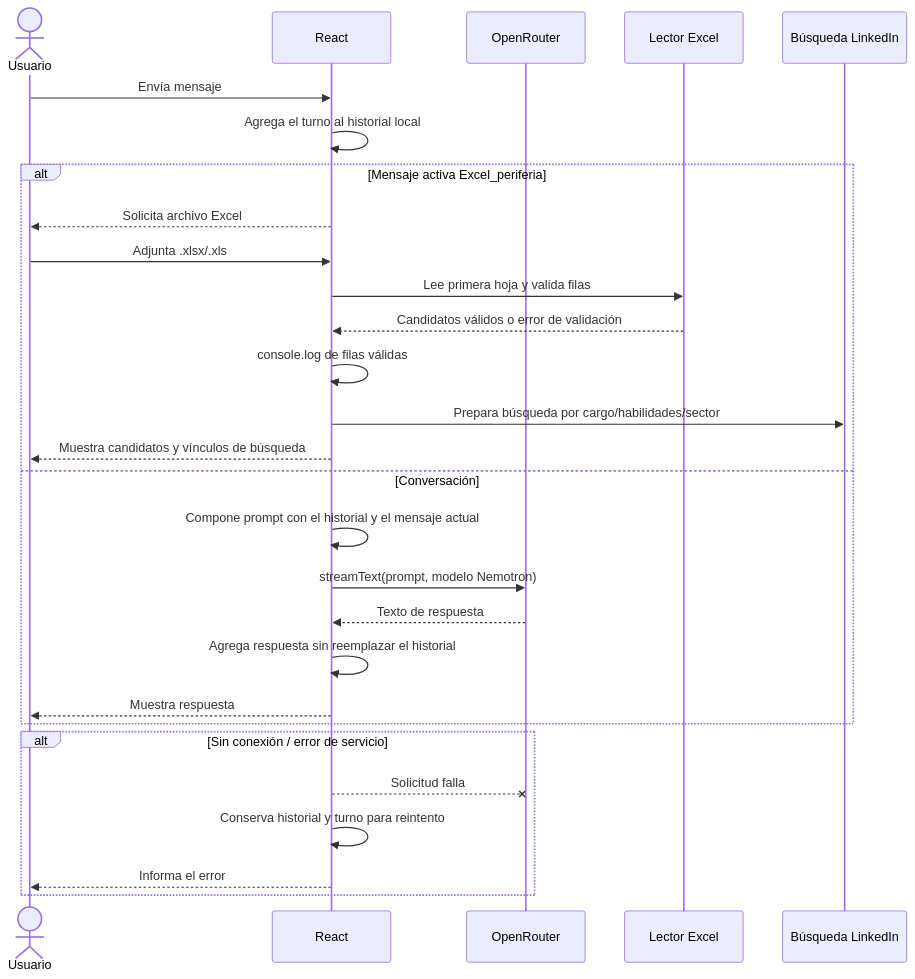
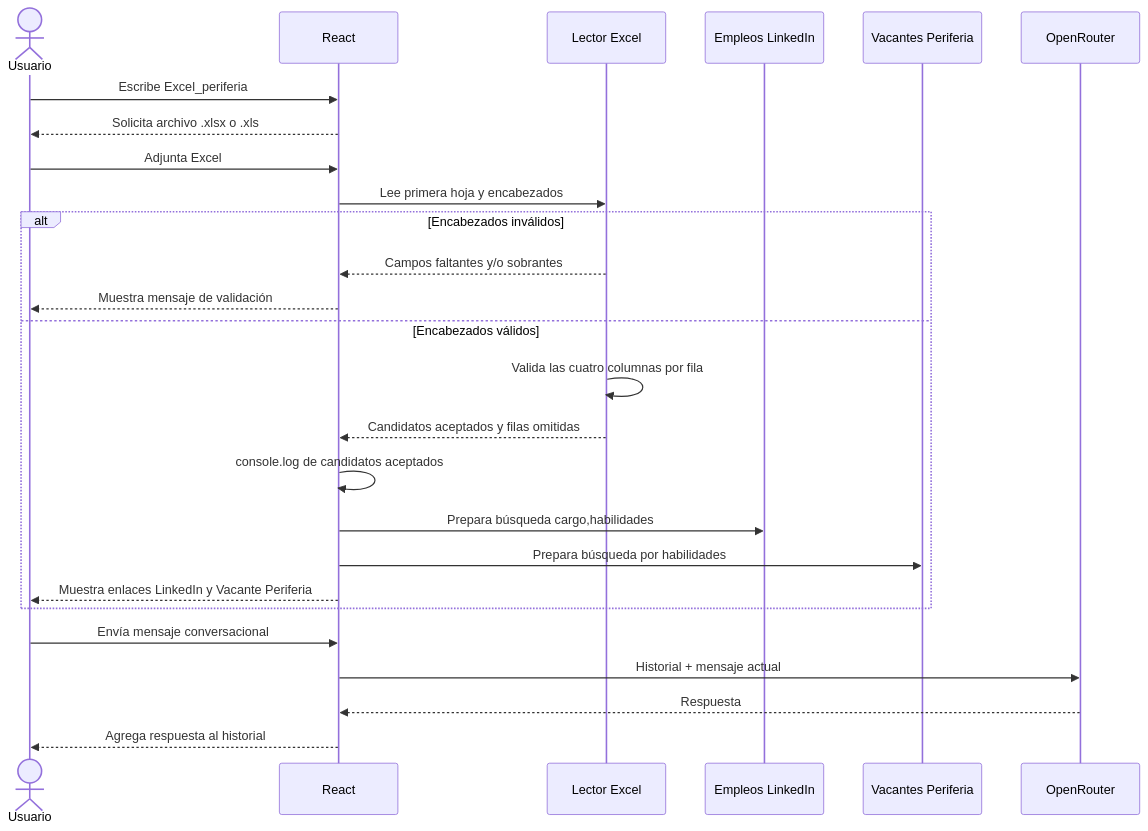
Before and after one commit to edissonandres1989/agante-skill-candidatos: the diagram in web/DEFINICION_AGENTE_EXCEL_PERIFERIA.md, drawn with Mermaid. The commit also changed other lines of this file and 10722 other files, not shown here.

````diff
--- a/web/DEFINICION_AGENTE_EXCEL_PERIFERIA.md
+++ b/web/DEFINICION_AGENTE_EXCEL_PERIFERIA.md
@@ -24,31 +30,30 @@
 ```mermaid
 sequenceDiagram
     actor U as Usuario
     participant UI as React
-    participant OR as OpenRouter SDK
+    participant X as Lector Excel
+    participant LI as Empleos LinkedIn
+    participant PI as Vacantes Periferia
     participant OR as OpenRouter
-    participant X as Lector Excel
-    participant LI as Búsqueda LinkedIn
-    U->>UI: Envía mensaje
-    UI->>UI: Agrega el turno al historial local
-    alt Mensaje activa Excel_periferia
-        UI-->>U: Solicita archivo Excel
-        U->>UI: Adjunta .xlsx/.xls
-        UI->>X: Lee primera hoja y valida filas
-        X-->>UI: Candidatos válidos o error de validación
-        UI->>UI: console.log de filas válidas
-        UI->>LI: Prepara búsqueda por cargo/habilidades/sector
-        UI-->>U: Muestra candidatos y vínculos de búsqueda
-    else Conversación
-        UI->>UI: Compone prompt con el historial y el mensaje actual
-        UI->>OR: streamText(prompt, modelo Nemotron)
-        OR-->>UI: Texto de respuesta
-        UI->>UI: Agrega respuesta sin reemplazar el historial
-        UI-->>U: Muestra respuesta
+
+    U->>UI: Escribe Excel_periferia
+    UI-->>U: Solicita archivo .xlsx o .xls
+    U->>UI: Adjunta Excel
+    UI->>X: Lee primera hoja y encabezados
+    alt Encabezados inválidos
+        X-->>UI: Campos faltantes y/o sobrantes
+        UI-->>U: Muestra mensaje de validación
+    else Encabezados válidos
+        X->>X: Valida las cuatro columnas por fila
+        X-->>UI: Candidatos aceptados y filas omitidas
+        UI->>UI: console.log de candidatos aceptados
+        UI->>LI: Prepara búsqueda cargo,habilidades
+        UI->>PI: Prepara búsqueda por habilidades
+        UI-->>U: Muestra enlaces LinkedIn y Vacante Periferia
     end
-    alt Sin conexión / error de servicio
-        UI--xOR: Solicitud falla
-        UI->>UI: Conserva historial y turno para reintento
-        UI-->>U: Informa el error
-    end
+
+    U->>UI: Envía mensaje conversacional
+    UI->>OR: Historial + mensaje actual
+    OR-->>UI: Respuesta
+    UI-->>U: Agrega respuesta al historial
 ```
````
